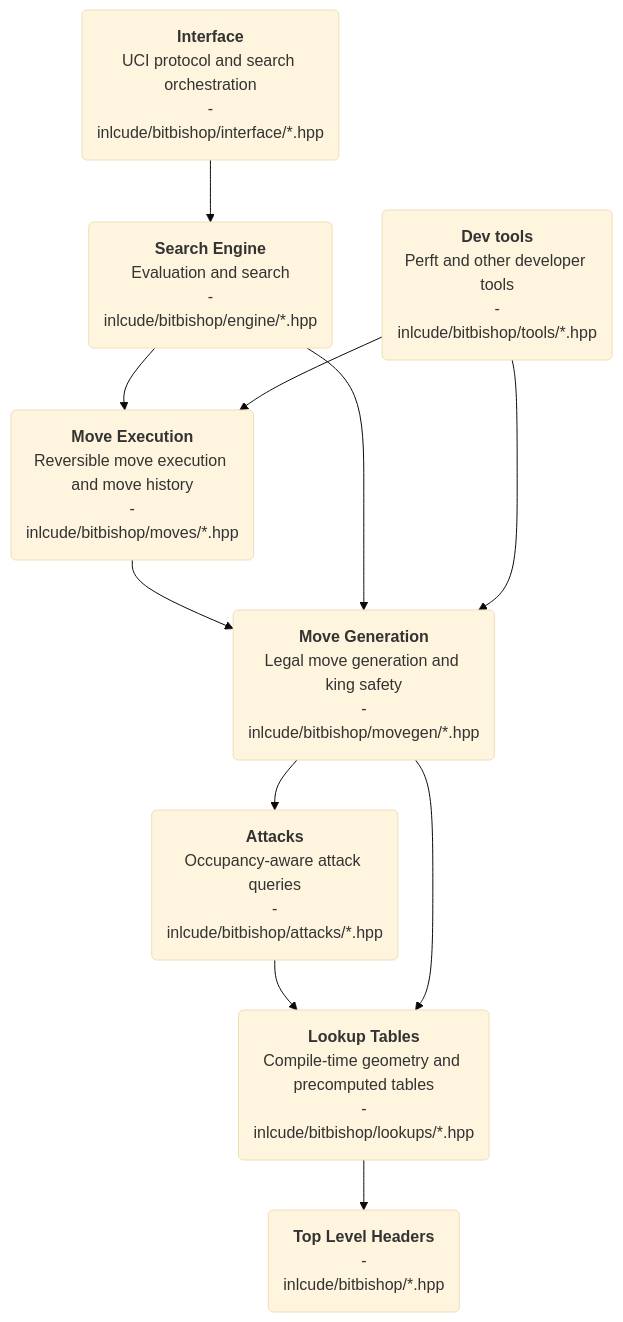
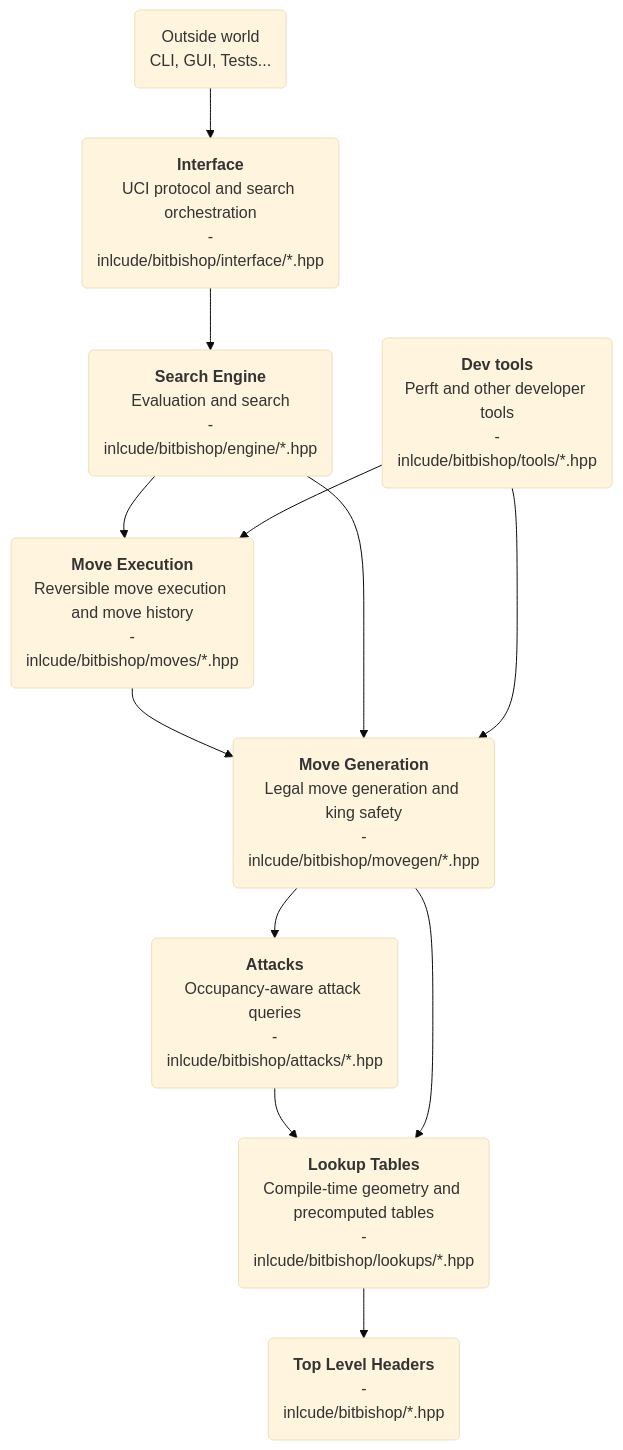
One commit to Hardcode3/BitBishop changed the diagram in include/bitbishop/readme.md. Above: the diagram before and after it, drawn with Mermaid (base theme). The commit also changed 1 other file, not shown here.

Commit message:
updated interface doc

````diff
--- a/include/bitbishop/readme.md
+++ b/include/bitbishop/readme.md
@@ -47,68 +47,74 @@
 ```mermaid
 flowchart TD
 
     TopLevelHeaders("`
         **Top Level Headers**
         -
         inlcude/bitbishop/*.hpp
     `")
     LookupTables("`
         **Lookup Tables**
         Compile-time geometry and precomputed tables
         -
         inlcude/bitbishop/lookups/*.hpp
     `")
     Attacks("`
         **Attacks**
         Occupancy-aware attack queries
         -
         inlcude/bitbishop/attacks/*.hpp
     `")
     MoveGen("`
         **Move Generation**
         Legal move generation and king safety
         -
         inlcude/bitbishop/movegen/*.hpp
     `")
     Moves("`
         **Move Execution**
         Reversible move execution and move history
         -
         inlcude/bitbishop/moves/*.hpp
     `")
     Engine("`
         **Search Engine**
         Evaluation and search
         -
         inlcude/bitbishop/engine/*.hpp
     `")
     Interface("`
         **Interface**
         UCI protocol and search orchestration
         -
         inlcude/bitbishop/interface/*.hpp
     `")
     Tools("`
         **Dev tools**
         Perft and other developer tools
         -
         inlcude/bitbishop/tools/*.hpp
     `")
+    OutsideWorld("`
+        Outside world
+        CLI, GUI, Tests...
+    `")
 
     LookupTables --> TopLevelHeaders
 
     Attacks --> LookupTables
 
     MoveGen --> Attacks
     MoveGen --> LookupTables
 
     Moves --> MoveGen
 
     Engine --> Moves
     Engine --> MoveGen
 
     Interface --> Engine
 
     Tools --> Moves
     Tools --> MoveGen
+
+    OutsideWorld --> Interface
 ```
````
